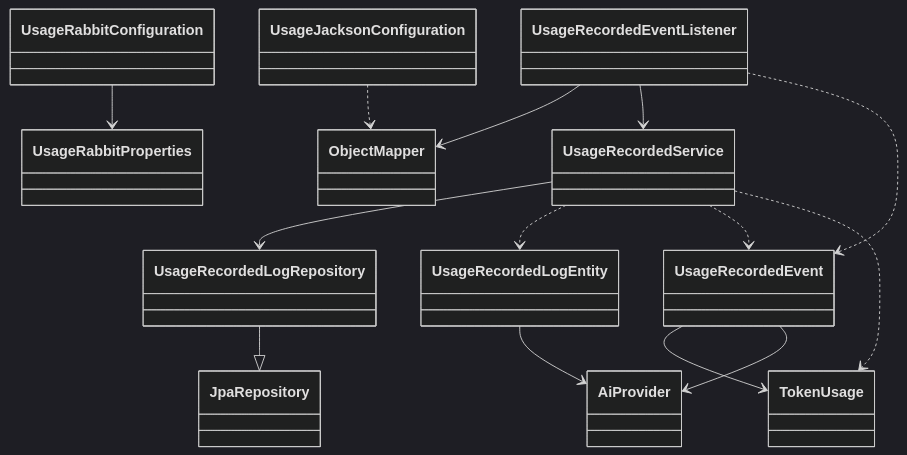
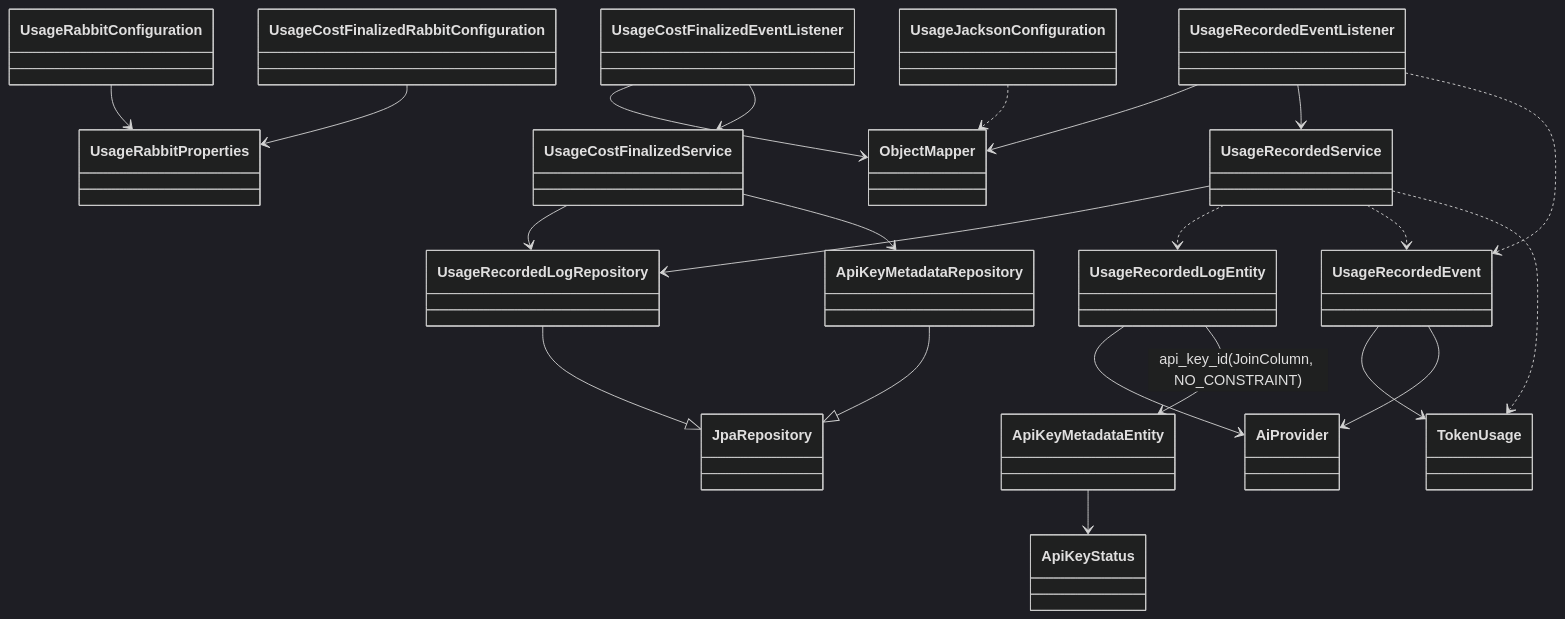
The sixth of 10 diagrams in docs/class-diagram.md (Zero-Bug-Freinds/ai-api-usage-monitor), drawn with Mermaid (dark theme) before and after one commit. The commit also changed other lines of this file and 23 other files, not shown here.

````diff
--- a/docs/class-diagram.md
+++ b/docs/class-diagram.md
@@ -237,31 +237,45 @@
 ```mermaid
 classDiagram
 direction TB
 
 class UsageRecordedEventListener
 class UsageRecordedService
 class UsageRecordedLogRepository
 class UsageRecordedLogEntity
+class ApiKeyMetadataRepository
+class ApiKeyMetadataEntity
+class ApiKeyStatus
 class JpaRepository
 class UsageRabbitConfiguration
+class UsageCostFinalizedRabbitConfiguration
 class UsageRabbitProperties
 class UsageJacksonConfiguration
 class ObjectMapper
 class UsageRecordedEvent
+class UsageCostFinalizedEventListener
+class UsageCostFinalizedService
 class TokenUsage
 class AiProvider
 
 UsageJacksonConfiguration ..> ObjectMapper
 UsageRecordedEventListener --> ObjectMapper
 UsageRecordedEventListener --> UsageRecordedService
 UsageRecordedEventListener ..> UsageRecordedEvent
+UsageCostFinalizedEventListener --> ObjectMapper
+UsageCostFinalizedEventListener --> UsageCostFinalizedService
 UsageRecordedService --> UsageRecordedLogRepository
 UsageRecordedService ..> UsageRecordedLogEntity
 UsageRecordedService ..> UsageRecordedEvent
 UsageRecordedService ..> TokenUsage
+UsageCostFinalizedService --> UsageRecordedLogRepository
+UsageCostFinalizedService --> ApiKeyMetadataRepository
 UsageRecordedLogRepository --|> JpaRepository
+ApiKeyMetadataRepository --|> JpaRepository
 UsageRecordedLogEntity --> AiProvider
+UsageRecordedLogEntity --> ApiKeyMetadataEntity : api_key_id(JoinColumn, NO_CONSTRAINT)
+ApiKeyMetadataEntity --> ApiKeyStatus
 UsageRabbitConfiguration --> UsageRabbitProperties
+UsageCostFinalizedRabbitConfiguration --> UsageRabbitProperties
 UsageRecordedEvent --> TokenUsage
 UsageRecordedEvent --> AiProvider
 ```
````
